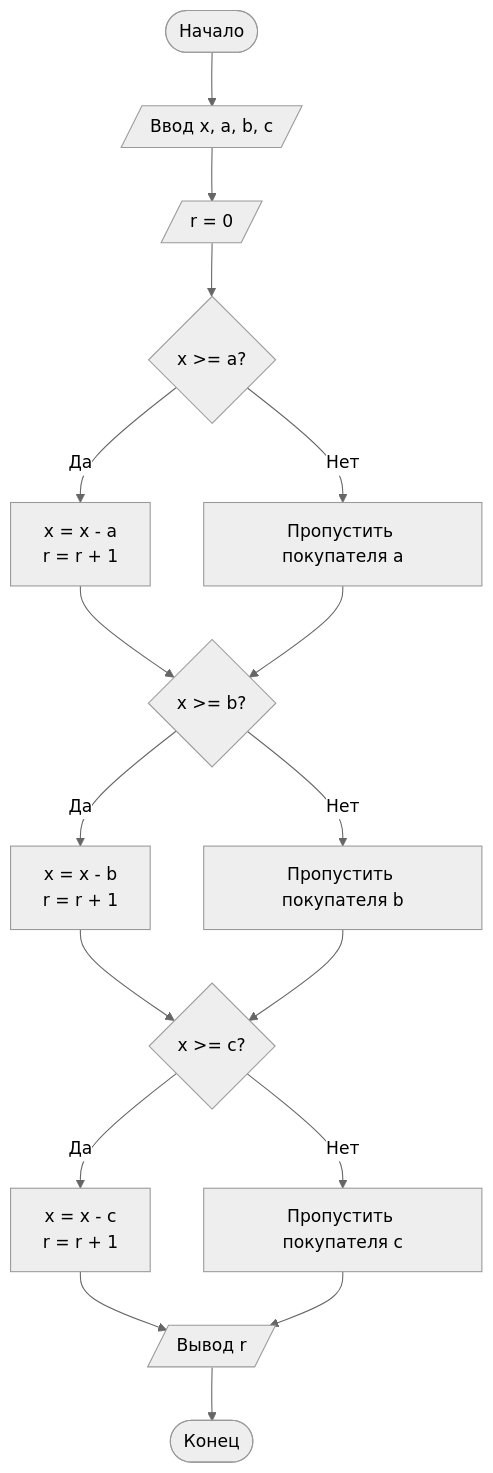
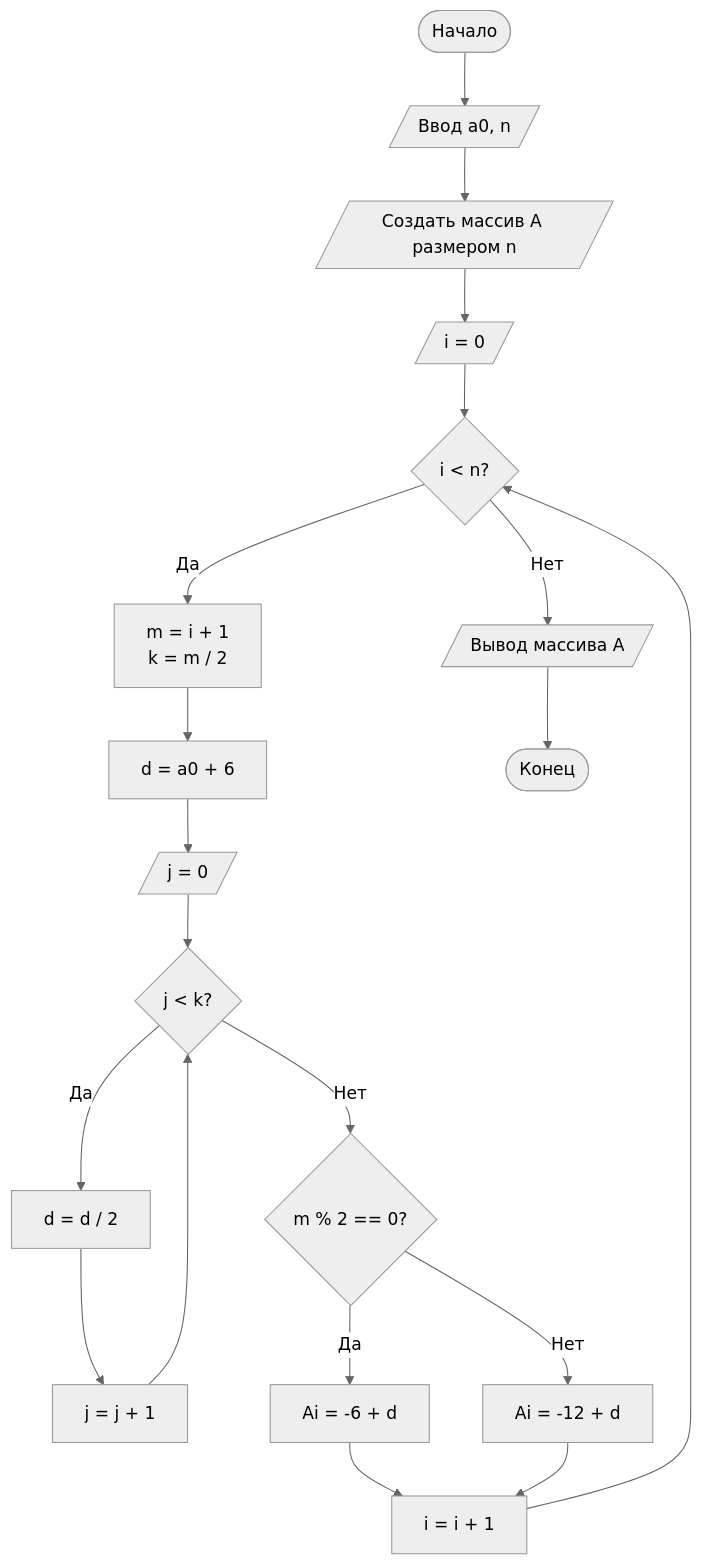
One commit to yankisss/lab2 changed the first of 4 diagrams in lab2.md. Above: the diagram before and after it, drawn with Mermaid (neutral theme). The commit also changed other lines of this file, not shown here.

````diff
--- a/lab2.md
+++ b/lab2.md
@@ -117,25 +104,27 @@
 ```mermaid
 flowchart TD
-    A([Начало]) --> B[/Ввод x, a, b, c/]
-    B --> C[/r = 0/]
+    A([Начало]) --> B[/Ввод a0, n/]
+    B --> C[/Создать массив A размером n/]
+    C --> D[/i = 0/]
 
-    C --> D{x >= a?}
-    D -->|Да| E[x = x - a<br>r = r + 1]
-    D -->|Нет| F1[Пропустить покупателя a]
-    E --> G{x >= b?}
-    F1 --> G
+    D --> E{i < n?}
+    E -->|Да| F[m = i + 1<br>k = m / 2]
+    F --> G[d = a0 + 6]
+    G --> H[/j = 0/]
 
-    G -->|Да| H[x = x - b<br>r = r + 1]
-    G -->|Нет| F2[Пропустить покупателя b]
-    H --> I{x >= c?}
-    F2 --> I
-
-    I -->|Да| J[x = x - c<br>r = r + 1]
-    I -->|Нет| F3[Пропустить покупателя c]
-    J --> K[/Вывод r/]
-    F3 --> K
-
-    K --> Z([Конец])
-
-
+    H --> I{j < k?}
+    I -->|Да| J[d = d / 2]
+    J --> K[j = j + 1]
+    K --> I
+    
+    I -->|Нет| L{m % 2 == 0?}
+    L -->|Да| M[Ai = -6 + d]
+    L -->|Нет| N[Ai = -12 + d]
+    
+    M --> O[i = i + 1]
+    N --> O
+    O --> E
+    
+    E -->|Нет| P[/Вывод массива A/]
+    P --> R([Конец])
 ```
````
